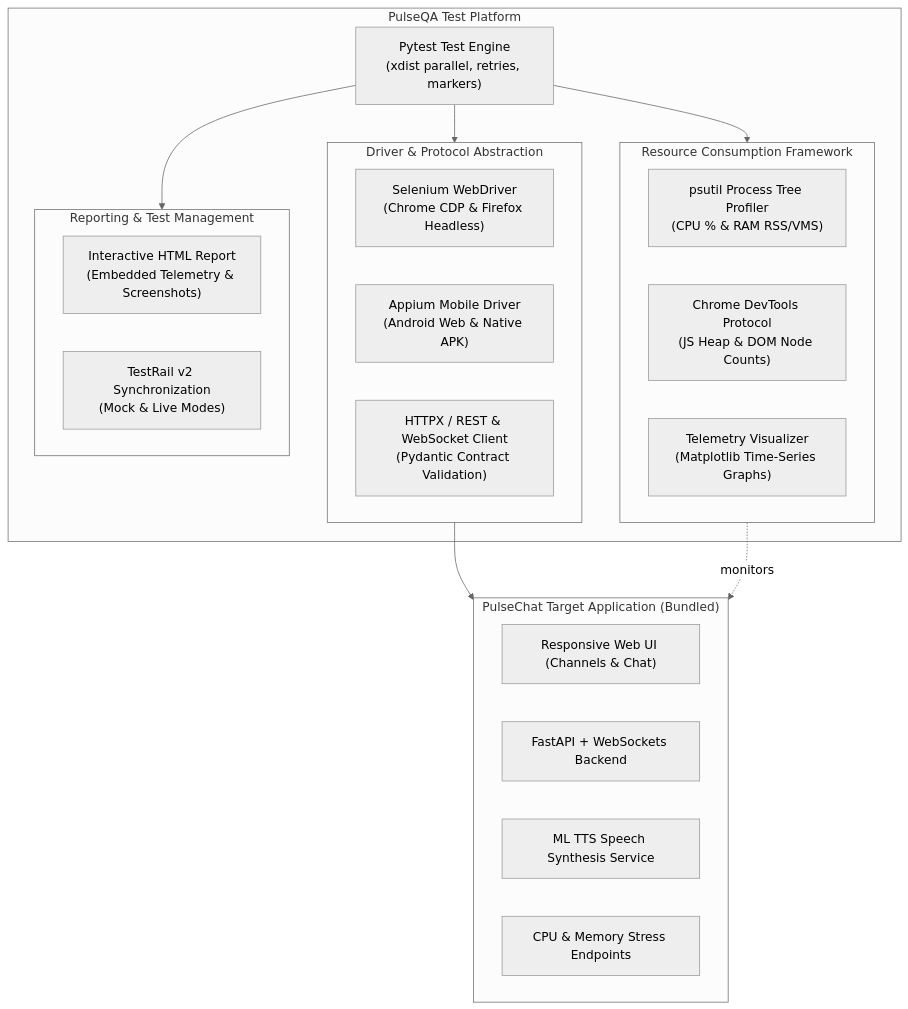
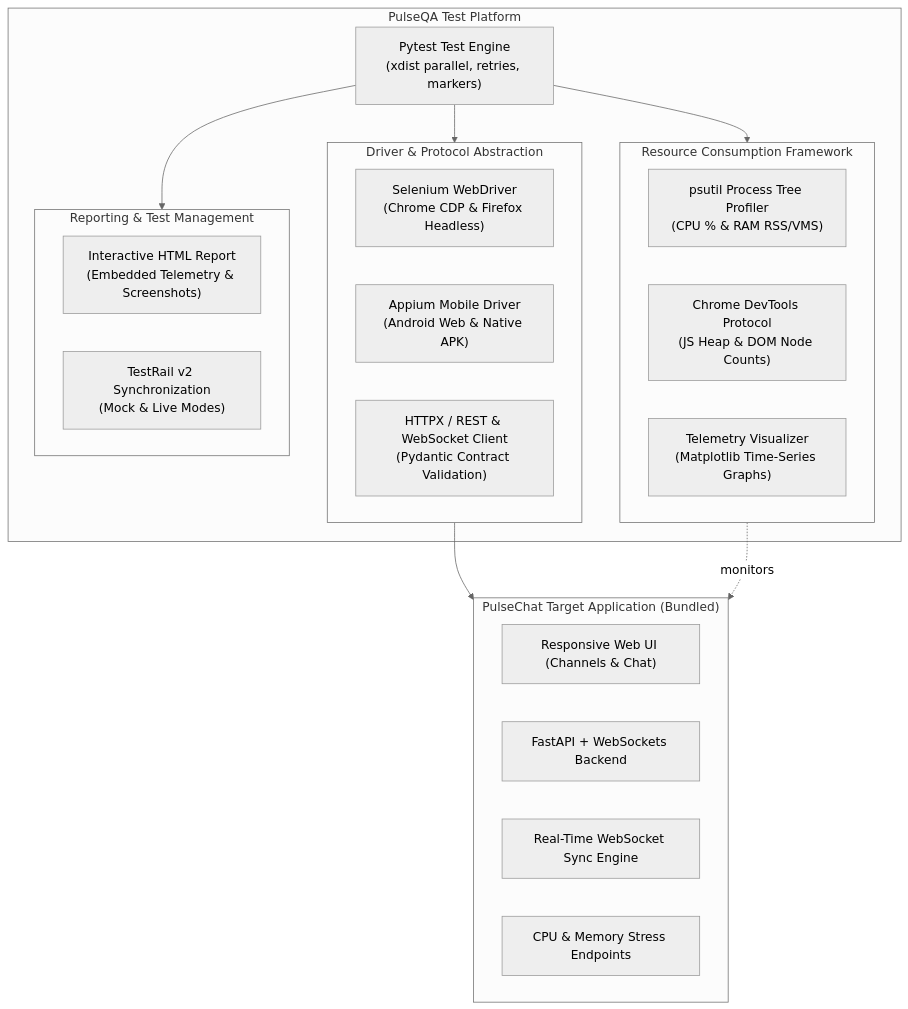
Before and after one commit to AhmedKhalifa3/PulseQA: the diagram in README.md, drawn with Mermaid (neutral theme). The commit also changed other lines of this file and 14 other files, not shown here.

Commit message:
refactor: remove TTS feature and streamline real-time messaging architecture

````diff
--- a/README.md
+++ b/README.md
@@ -34,36 +34,36 @@
 ```mermaid
 flowchart TD
     subgraph ExecutionLayer ["PulseQA Test Platform"]
         Runner["Pytest Test Engine\n(xdist parallel, retries, markers)"]
         
         subgraph DriverLayer ["Driver & Protocol Abstraction"]
             SeleniumDriver["Selenium WebDriver\n(Chrome CDP & Firefox Headless)"]
             AppiumDriver["Appium Mobile Driver\n(Android Web & Native APK)"]
             ApiClient["HTTPX / REST & WebSocket Client\n(Pydantic Contract Validation)"]
         end
         
         subgraph TelemetryLayer ["Resource Consumption Framework"]
             ProcessSampler["psutil Process Tree Profiler\n(CPU % & RAM RSS/VMS)"]
             CDPExtractor["Chrome DevTools Protocol\n(JS Heap & DOM Node Counts)"]
             ChartPlotter["Telemetry Visualizer\n(Matplotlib Time-Series Graphs)"]
         end
         
         subgraph IntegrationLayer ["Reporting & Test Management"]
             HTMLReports["Interactive HTML Report\n(Embedded Telemetry & Screenshots)"]
             TestRailHook["TestRail v2 Synchronization\n(Mock & Live Modes)"]
         end
     end
 
     subgraph TargetAppLayer ["PulseChat Target Application (Bundled)"]
         WebApp["Responsive Web UI (Channels & Chat)"]
         FastAPIServer["FastAPI + WebSockets Backend"]
-        AudioService["ML TTS Speech Synthesis Service"]
+        WebSocketService["Real-Time WebSocket Sync Engine"]
         StressService["CPU & Memory Stress Endpoints"]
     end
 
     Runner --> DriverLayer
     Runner --> TelemetryLayer
     DriverLayer --> TargetAppLayer
     TelemetryLayer -. monitors .-> TargetAppLayer
     Runner --> IntegrationLayer
 ```
````
